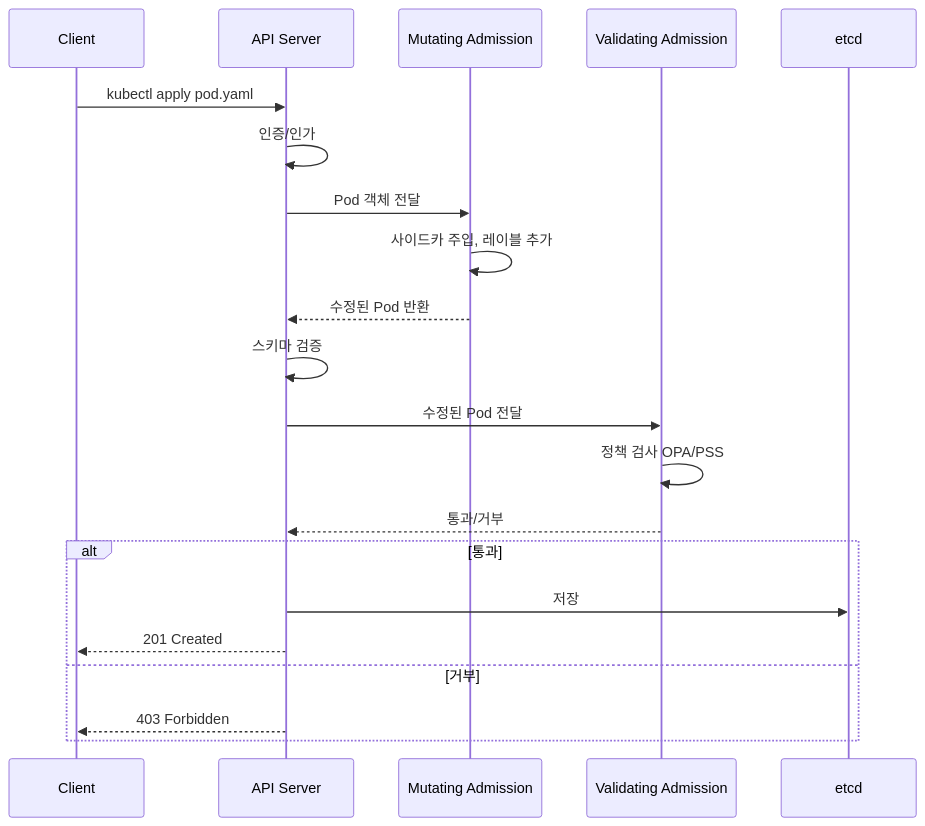
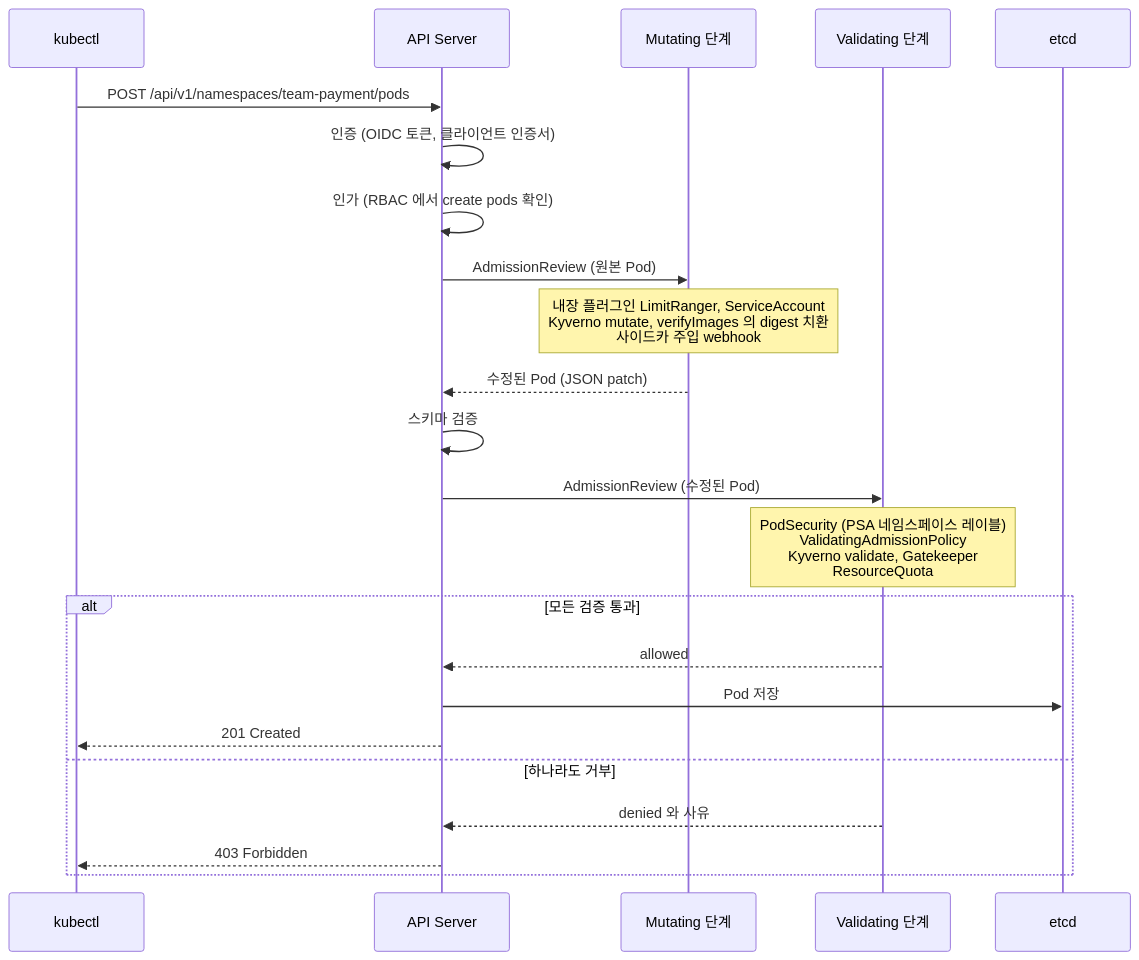
The fourth of 6 diagrams in Develop/Security/Kubernetes_Security.md (GYUTORY/YGSTUDY), drawn with Mermaid before and after one commit. The commit also changed other lines of this file, not shown here.

Commit message:
docs(Security): Kubernetes Security

````diff
--- a/Develop/Security/Kubernetes_Security.md
+++ b/Develop/Security/Kubernetes_Security.md
@@ -577,24 +711,26 @@
 ```mermaid
 sequenceDiagram
-    participant Client
-    participant API as API Server
-    participant Mut as Mutating Admission
-    participant Val as Validating Admission
-    participant ETCD as etcd
+    participant U as kubectl
+    participant A as API Server
+    participant M as Mutating 단계
+    participant V as Validating 단계
+    participant E as etcd
 
-    Client->>API: kubectl apply pod.yaml
-    API->>API: 인증/인가
-    API->>Mut: Pod 객체 전달
-    Mut->>Mut: 사이드카 주입, 레이블 추가
-    Mut-->>API: 수정된 Pod 반환
-    API->>API: 스키마 검증
-    API->>Val: 수정된 Pod 전달
-    Val->>Val: 정책 검사 OPA/PSS
-    Val-->>API: 통과/거부
-    alt 통과
-        API->>ETCD: 저장
-        API-->>Client: 201 Created
-    else 거부
-        API-->>Client: 403 Forbidden
+    U->>A: POST /api/v1/namespaces/team-payment/pods
+    A->>A: 인증 (OIDC 토큰, 클라이언트 인증서)
+    A->>A: 인가 (RBAC 에서 create pods 확인)
+    A->>M: AdmissionReview (원본 Pod)
+    Note over M: 내장 플러그인 LimitRanger, ServiceAccount<br/>Kyverno mutate, verifyImages 의 digest 치환<br/>사이드카 주입 webhook
+    M-->>A: 수정된 Pod (JSON patch)
+    A->>A: 스키마 검증
+    A->>V: AdmissionReview (수정된 Pod)
+    Note over V: PodSecurity (PSA 네임스페이스 레이블)<br/>ValidatingAdmissionPolicy<br/>Kyverno validate, Gatekeeper<br/>ResourceQuota
+    alt 모든 검증 통과
+        V-->>A: allowed
+        A->>E: Pod 저장
+        A-->>U: 201 Created
+    else 하나라도 거부
+        V-->>A: denied 와 사유
+        A-->>U: 403 Forbidden
     end
 ```
````
